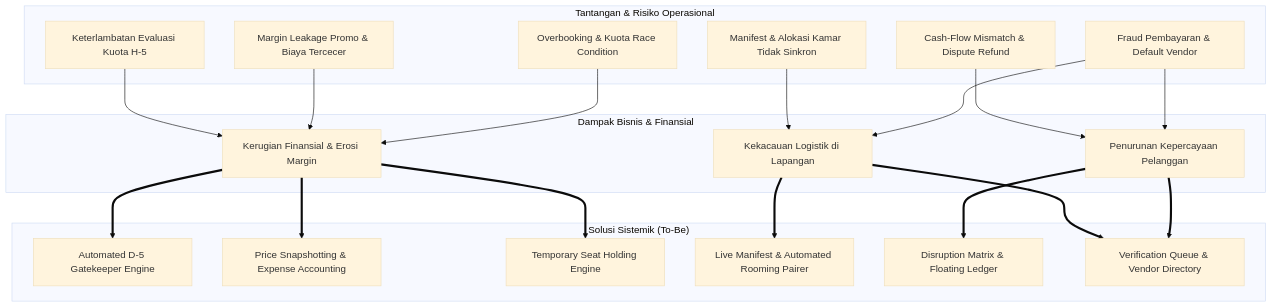
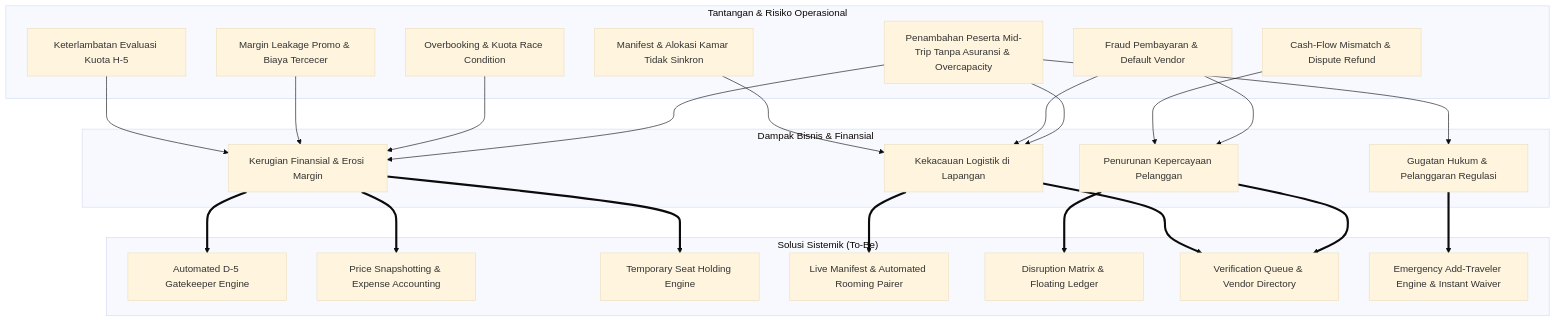
Before and after one commit to mfauzanfikri/tms-docs: the second of 3 diagrams in product/01_BUSINESS_ANALYSIS.md, drawn with Mermaid (base theme). The commit also changed other lines of this file and 3 other files, not shown here.

Commit message:
docs(product): add mid-trip participant addition risk analysis and business rules

````diff
--- a/product/01_BUSINESS_ANALYSIS.md
+++ b/product/01_BUSINESS_ANALYSIS.md
@@ -61,34 +61,39 @@
 ```mermaid
 graph TD
     subgraph Problems["Tantangan & Risiko Operasional"]
         P1["Keterlambatan Evaluasi Kuota H-5"]
         P2["Margin Leakage Promo & Biaya Tercecer"]
         P3["Overbooking & Kuota Race Condition"]
         P4["Manifest & Alokasi Kamar Tidak Sinkron"]
         P5["Cash-Flow Mismatch & Dispute Refund"]
         P6["Fraud Pembayaran & Default Vendor"]
+        P7["Penambahan Peserta Mid-Trip Tanpa Asuransi & Overcapacity"]
     end
 
     subgraph Impacts["Dampak Bisnis & Finansial"]
         I1["Kerugian Finansial & Erosi Margin"]
         I2["Kekacauan Logistik di Lapangan"]
         I3["Penurunan Kepercayaan Pelanggan"]
+        I4["Gugatan Hukum & Pelanggaran Regulasi"]
     end
 
     subgraph Solutions["Solusi Sistemik (To-Be)"]
         S1["Automated D-5 Gatekeeper Engine"]
         S2["Price Snapshotting & Expense Accounting"]
         S3["Temporary Seat Holding Engine"]
         S4["Live Manifest & Automated Rooming Pairer"]
         S5["Disruption Matrix & Floating Ledger"]
         S6["Verification Queue & Vendor Directory"]
+        S7["Emergency Add-Traveler Engine & Instant Waiver"]
     end
 
     P1 & P2 & P3 --> I1
     P4 & P6 --> I2
     P5 & P6 --> I3
+    P7 --> I1 & I2 & I4
 
     I1 ==> S1 & S2 & S3
     I2 ==> S4 & S6
     I3 ==> S5 & S6
+    I4 ==> S7
 ```
````
